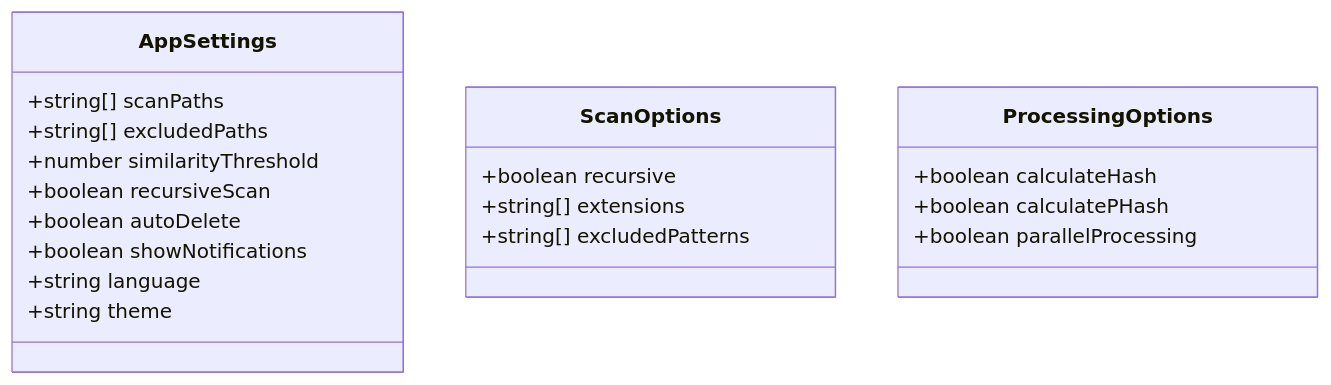
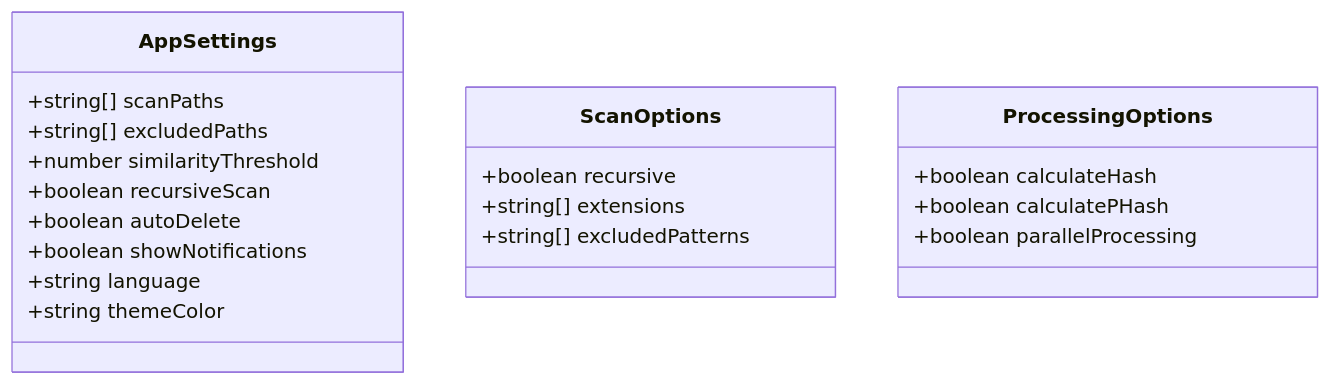
One commit to remgasuki/ReDoPhoto changed the fourth of 10 diagrams in .qoder/repowiki/zh/content/API参考手册/类型定义参考.md. Above: the diagram before and after it, drawn with Mermaid. The commit also changed other lines of this file and 10 other files, not shown here.

````diff
--- a/.qoder/repowiki/zh/content/API参考手册/类型定义参考.md
+++ b/.qoder/repowiki/zh/content/API参考手册/类型定义参考.md
@@ -150,23 +171,23 @@
 ```mermaid
 classDiagram
 class AppSettings {
 +string[] scanPaths
 +string[] excludedPaths
 +number similarityThreshold
 +boolean recursiveScan
 +boolean autoDelete
 +boolean showNotifications
 +string language
-+string theme
++string themeColor
 }
 class ScanOptions {
 +boolean recursive
 +string[] extensions
 +string[] excludedPatterns
 }
 class ProcessingOptions {
 +boolean calculateHash
 +boolean calculatePHash
 +boolean parallelProcessing
 }
 ```
````
